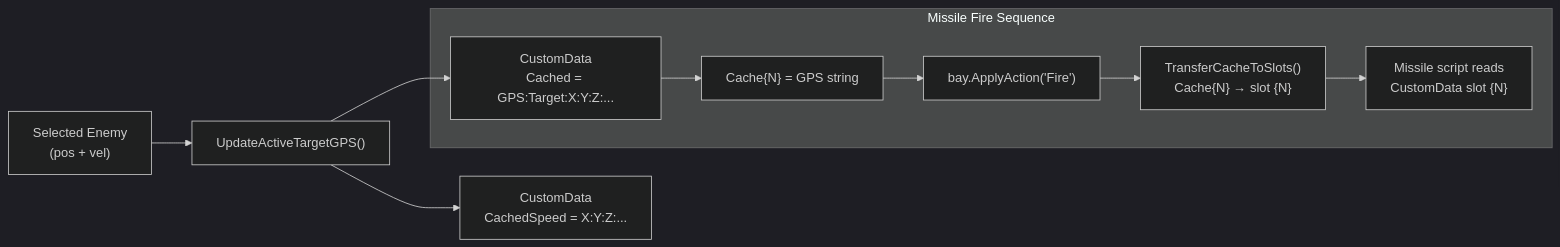
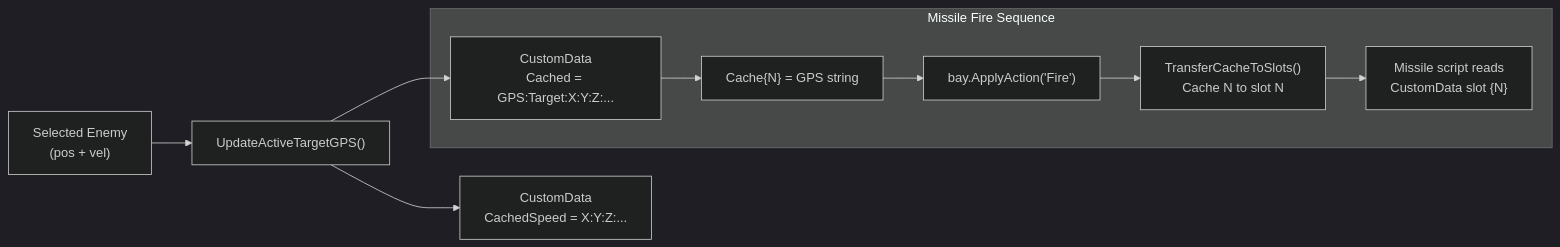
The sixth of 7 diagrams in docs/target-tracking.md (Terilia/JetOS), drawn with Mermaid (dark theme) before and after one commit. The commit also changed other lines of this file and 4 other files, not shown here.

````diff
--- a/docs/target-tracking.md
+++ b/docs/target-tracking.md
@@ -143,13 +143,13 @@
 ```mermaid
 flowchart LR
     SEL["Selected Enemy\n(pos + vel)"] --> UGPS["UpdateActiveTargetGPS()"]
     UGPS --> CD_C["CustomData\nCached = GPS:Target:X:Y:Z:..."]
     UGPS --> CD_S["CustomData\nCachedSpeed = X:Y:Z:..."]
 
     subgraph Fire ["Missile Fire Sequence"]
         CD_C --> BAY["Cache{N} = GPS string"]
         BAY --> MERGE["bay.ApplyAction('Fire')"]
-        MERGE --> XFER["TransferCacheToSlots()\nCache{N} → slot {N}"]
+        MERGE --> XFER["TransferCacheToSlots()\nCache N to slot N"]
         XFER --> MSL["Missile script reads\nCustomData slot {N}"]
     end
 ```
````
